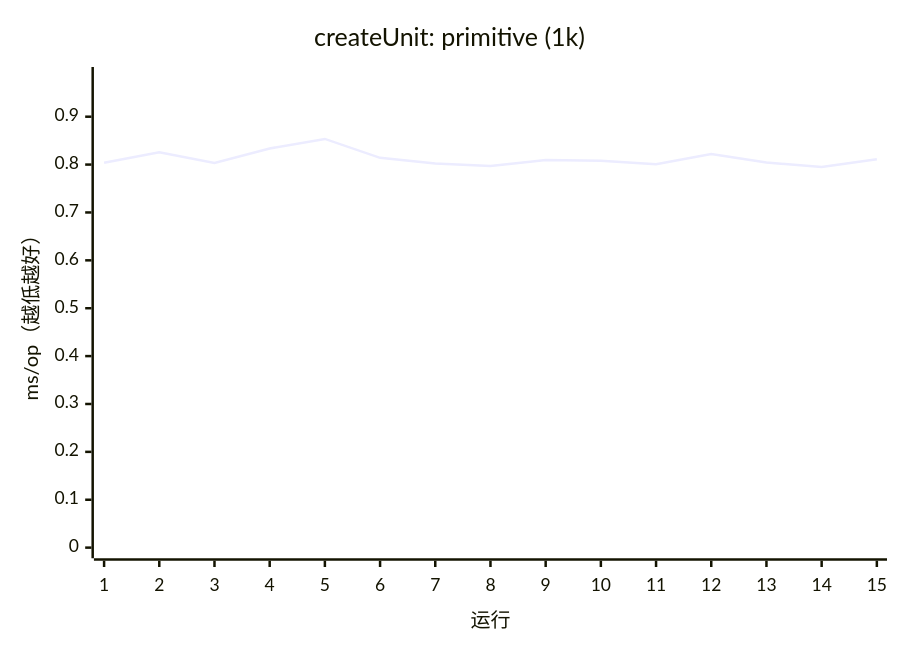
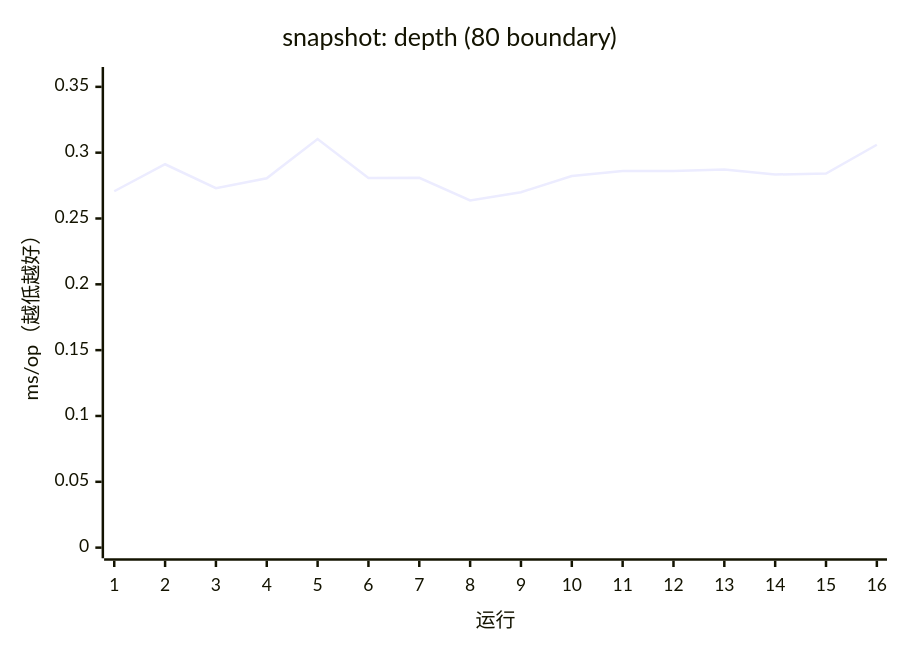
One commit to AIluffy/io changed diagram 12 of 17 in apps/docs/src/content/docs/guides/benchmark.mdx. Above: the diagram before and after it, drawn with Mermaid. The commit also changed other lines of this file and 25 other files, not shown here.

````diff
--- a/apps/docs/src/content/docs/guides/benchmark.mdx
+++ b/apps/docs/src/content/docs/guides/benchmark.mdx
@@ -357,7 +344,7 @@
 ```mermaid
 xychart-beta
-  title "createUnit: primitive (1k)"
-  x-axis "运行" [1, 2, 3, 4, 5, 6, 7, 8, 9, 10, 11, 12, 13, 14, 15]
-  y-axis "ms/op（越低越好）" 0 --> 0.9816
-  line [0.804, 0.8259, 0.8033, 0.8336, 0.8536, 0.8141, 0.8023, 0.7971, 0.8093, 0.808, 0.8005, 0.8222, 0.8045, 0.7948, 0.8111]
+  title "snapshot: depth (80 boundary)"
+  x-axis "运行" [1, 2, 3, 4, 5, 6, 7, 8, 9, 10, 11, 12, 13, 14, 15, 16]
+  y-axis "ms/op（越低越好）" 0 --> 0.357
+  line [0.2707, 0.2912, 0.273, 0.2806, 0.3104, 0.2808, 0.2809, 0.2637, 0.27, 0.2822, 0.2861, 0.2861, 0.2873, 0.2834, 0.2841, 0.306]
 ```
````
